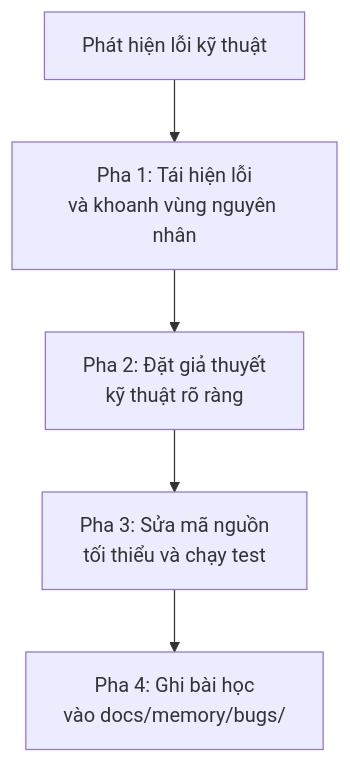
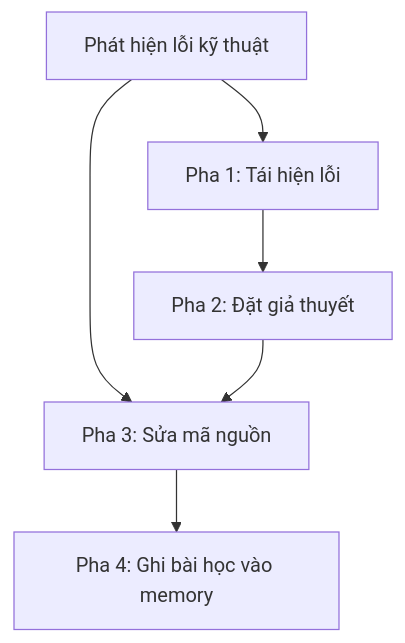
Before and after one commit to nguyengoctin/my_website: the fifth of 6 diagrams in content/posts/toan-tap-coding-friend-ai-engineering.md, drawn with Mermaid. The commit also changed other lines of this file and 17 other files, not shown here.

````diff
--- a/content/posts/toan-tap-coding-friend-ai-engineering.md
+++ b/content/posts/toan-tap-coding-friend-ai-engineering.md
@@ -153,7 +141,8 @@
 ```mermaid
 flowchart TD
-    Bug["Phát hiện lỗi kỹ thuật"] --> Step1["Pha 1: Tái hiện lỗi<br/>và khoanh vùng nguyên nhân"]
-    Step1 --> Step2["Pha 2: Đặt giả thuyết<br/>kỹ thuật rõ ràng"]
-    Step2 --> Step3["Pha 3: Sửa mã nguồn<br/>tối thiểu và chạy test"]
-    Step3 --> Step4["Pha 4: Ghi bài học<br/>vào docs/memory/bugs/"]
+    Bug["Phát hiện lỗi kỹ thuật"] --> Step1["Pha 1: Tái hiện lỗi"]
+    Step1 --> Step2["Pha 2: Đặt giả thuyết"]
+    Bug --> Step3["Pha 3: Sửa mã nguồn"]
+    Step2 --> Step3
+    Step3 --> Step4["Pha 4: Ghi bài học vào memory"]
 ```
````
